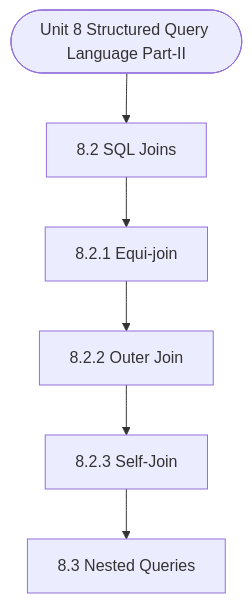
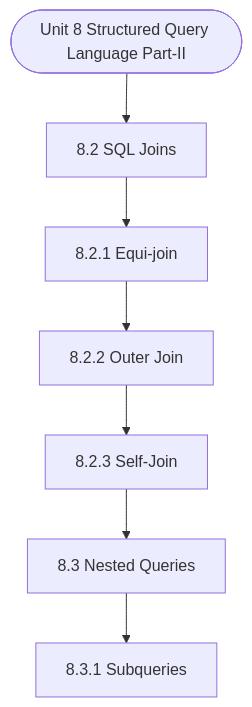
One commit to Asutosh-Coaching/mscdsa changed the diagram in notes/Semester_1/MCS-207_Database_Management_Systems/unit_08_Structured_Query_Language_(Part-II).md. Above: the diagram before and after it, drawn with Mermaid. The commit also changed other lines of this file and 116 other files, not shown here.

````diff
--- a/notes/Semester_1/MCS-207_Database_Management_Systems/unit_08_Structured_Query_Language_(Part-II).md
+++ b/notes/Semester_1/MCS-207_Database_Management_Systems/unit_08_Structured_Query_Language_(Part-II).md
@@ -19,14 +19,16 @@
 ```mermaid
 flowchart TD
   Start(["Unit 8 Structured Query Language Part-II"])
   N1["8.2 SQL Joins"]
   N2["8.2.1 Equi-join"]
   N3["8.2.2 Outer Join"]
   N4["8.2.3 Self-Join"]
   N5["8.3 Nested Queries"]
+  N6["8.3.1 Subqueries"]
   Start --> N1
   N1 --> N2
   N2 --> N3
   N3 --> N4
   N4 --> N5
+  N5 --> N6
 ```
````
